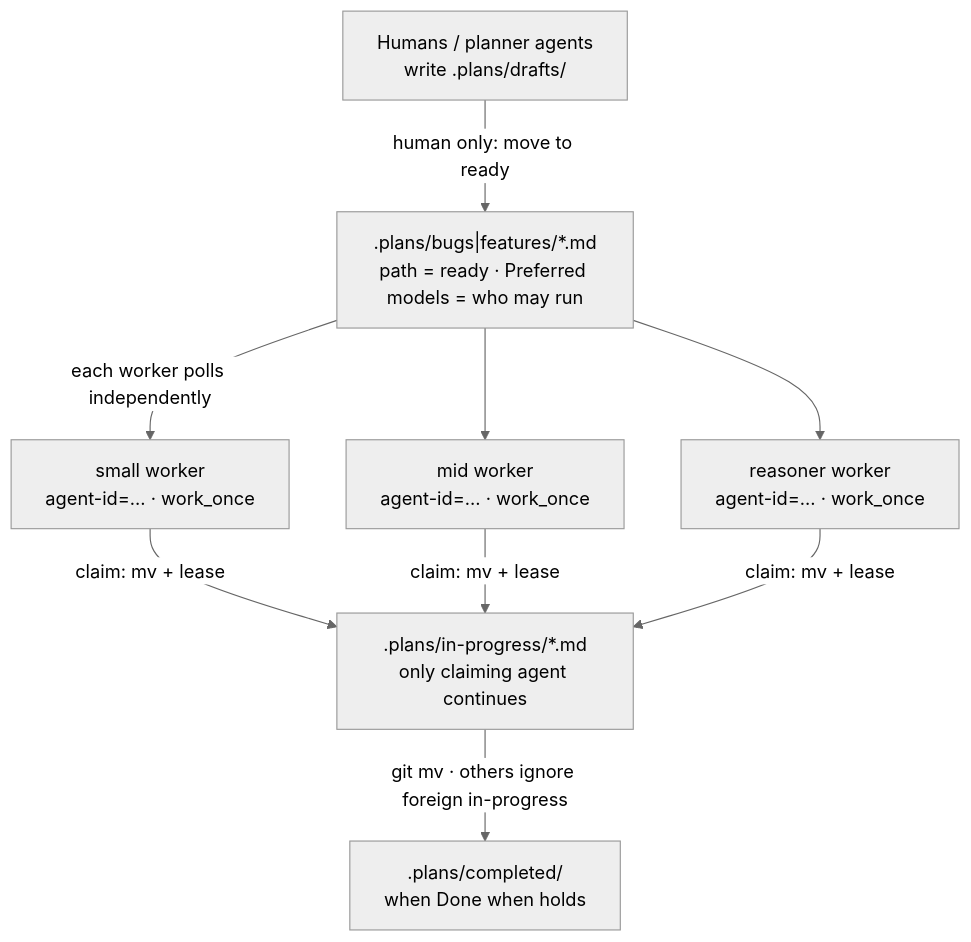
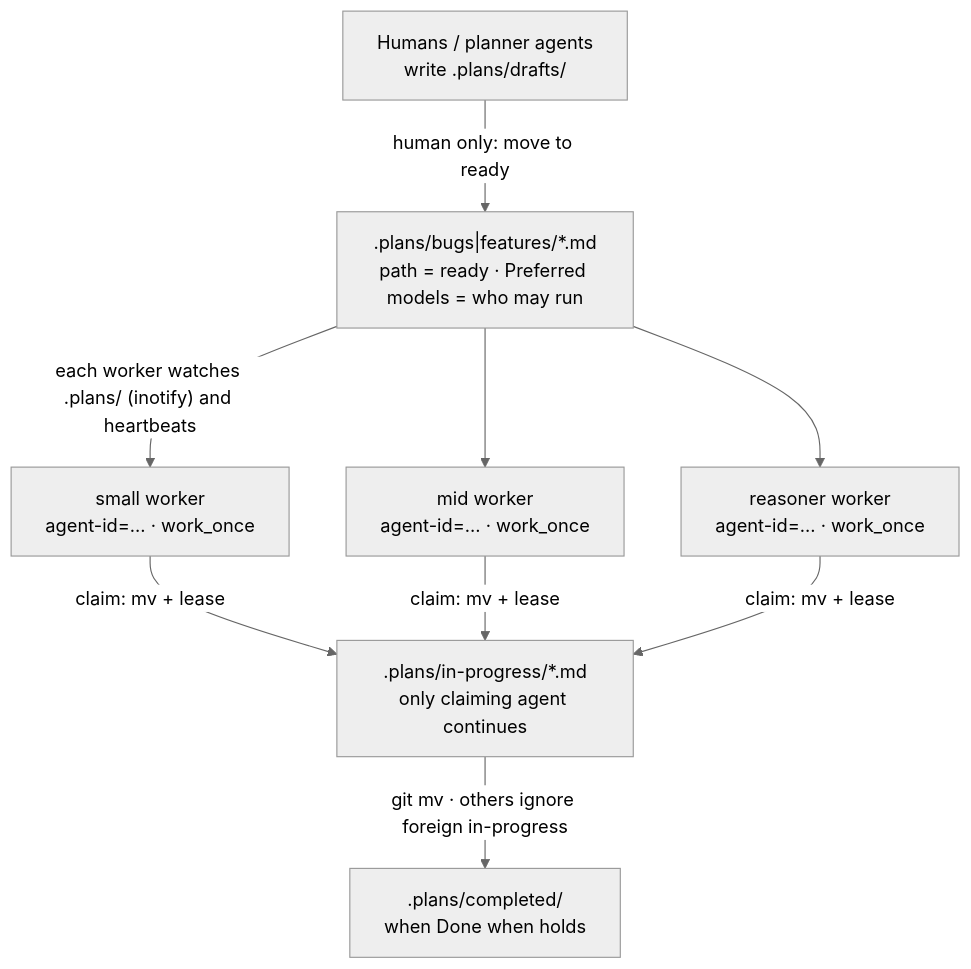
Before and after one commit to carefreeinv/anchor: the first of 2 diagrams in docs/docs/tooling/fleet-workers.md, drawn with Mermaid (neutral theme). The commit also changed other lines of this file and 19 other files, not shown here.

````diff
--- a/docs/docs/tooling/fleet-workers.md
+++ b/docs/docs/tooling/fleet-workers.md
@@ -14,19 +14,19 @@
 ```mermaid
 flowchart TB
   planners["Humans / planner agents<br/>write .plans/drafts/"]
   ready[".plans/bugs|features/*.md<br/>path = ready · Preferred models = who may run"]
   small["small worker<br/>agent-id=… · work_once"]
   mid["mid worker<br/>agent-id=… · work_once"]
   reasoner["reasoner worker<br/>agent-id=… · work_once"]
   ip[".plans/in-progress/*.md<br/>only claiming agent continues"]
   done[".plans/completed/<br/>when Done when holds"]
 
   planners -->|"human only: move to ready"| ready
-  ready -->|"each worker polls independently"| small
+  ready -->|"each worker watches .plans/ (inotify) and heartbeats"| small
   ready --> mid
   ready --> reasoner
   small -->|"claim: mv + lease"| ip
   mid -->|"claim: mv + lease"| ip
   reasoner -->|"claim: mv + lease"| ip
   ip -->|"git mv · others ignore foreign in-progress"| done
 ```
````
